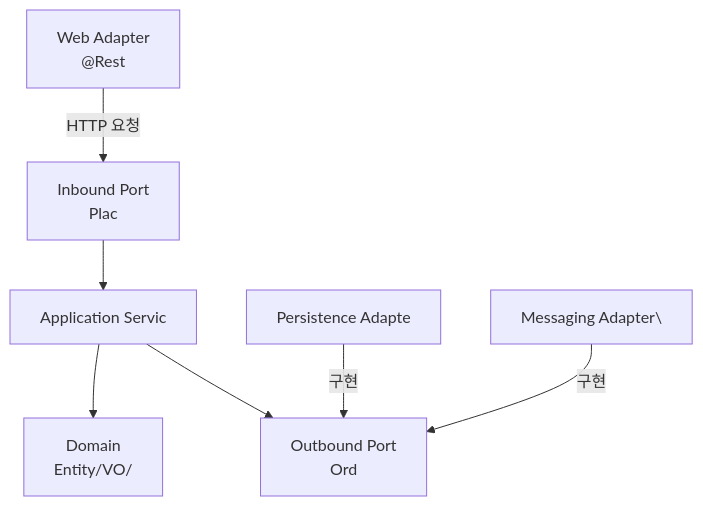
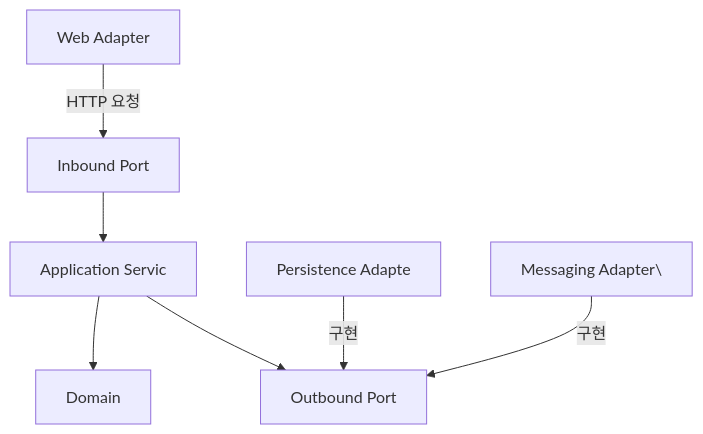
The fourth of 4 diagrams in _posts/architecture/2026-05-01-hexagonal.md (yjkim2015/yjkim2015.github.io), drawn with Mermaid before and after one commit. The commit also changed other lines of this file and 217 other files, not shown here.

First line of the commit message:
Mermaid 크기 수정: useMaxWidth:true + SVG max-width:100% + 라벨 축소

````diff
--- a/_posts/architecture/2026-05-01-hexagonal.md
+++ b/_posts/architecture/2026-05-01-hexagonal.md
@@ -344,9 +344,9 @@
 ```mermaid
 graph TD
-    WA["Web Adapter\n@Rest"] -->|HTTP 요청| IP["Inbound Port\nPlac"]
+    WA["Web Adapter"] -->|HTTP 요청| IP["Inbound Port"]
     IP --> UC["Application Servic"]
-    UC --> E["Domain\nEntity/VO/"]
-    UC --> OP["Outbound Port\nOrd"]
+    UC --> E["Domain"]
+    UC --> OP["Outbound Port"]
     PA["Persistence Adapte"] -->|구현| OP
     MA["Messaging Adapter\"] -->|구현| OP
 ```
````
